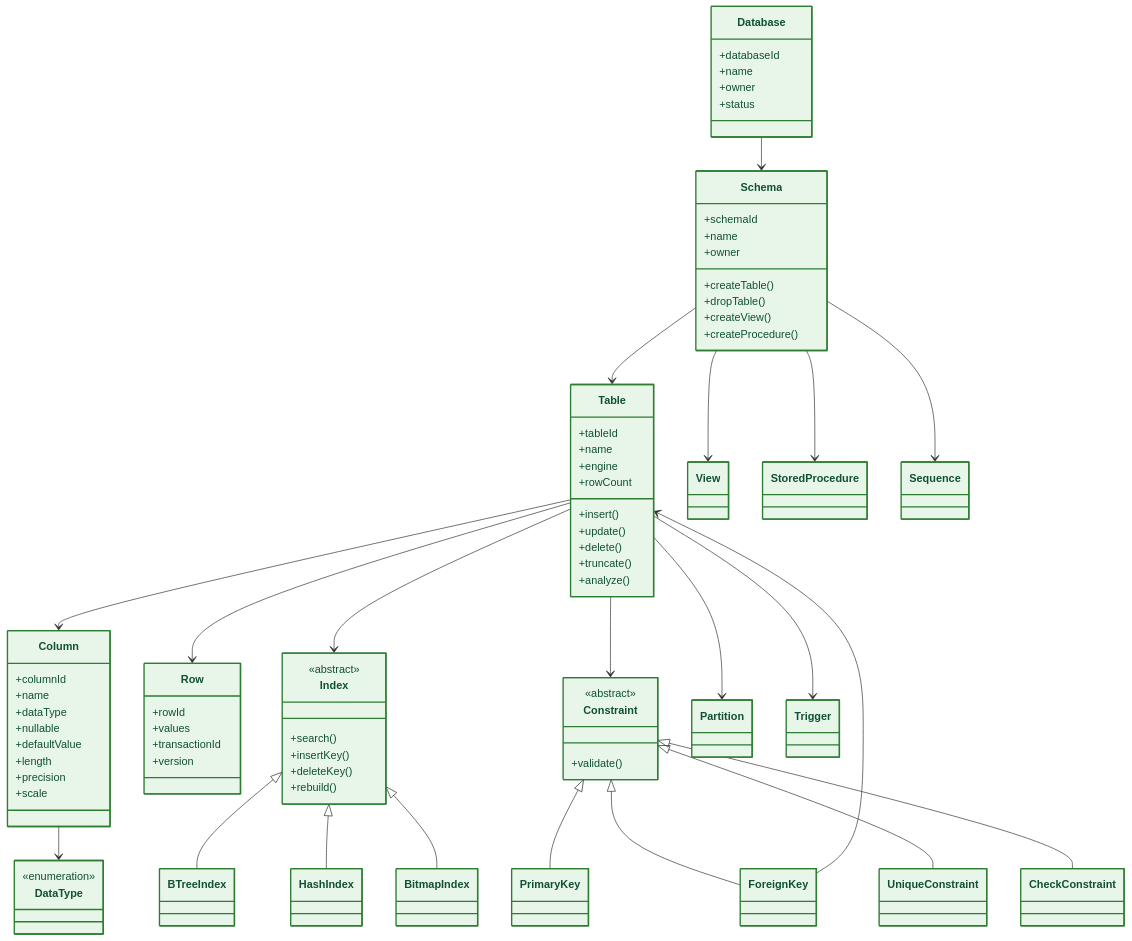
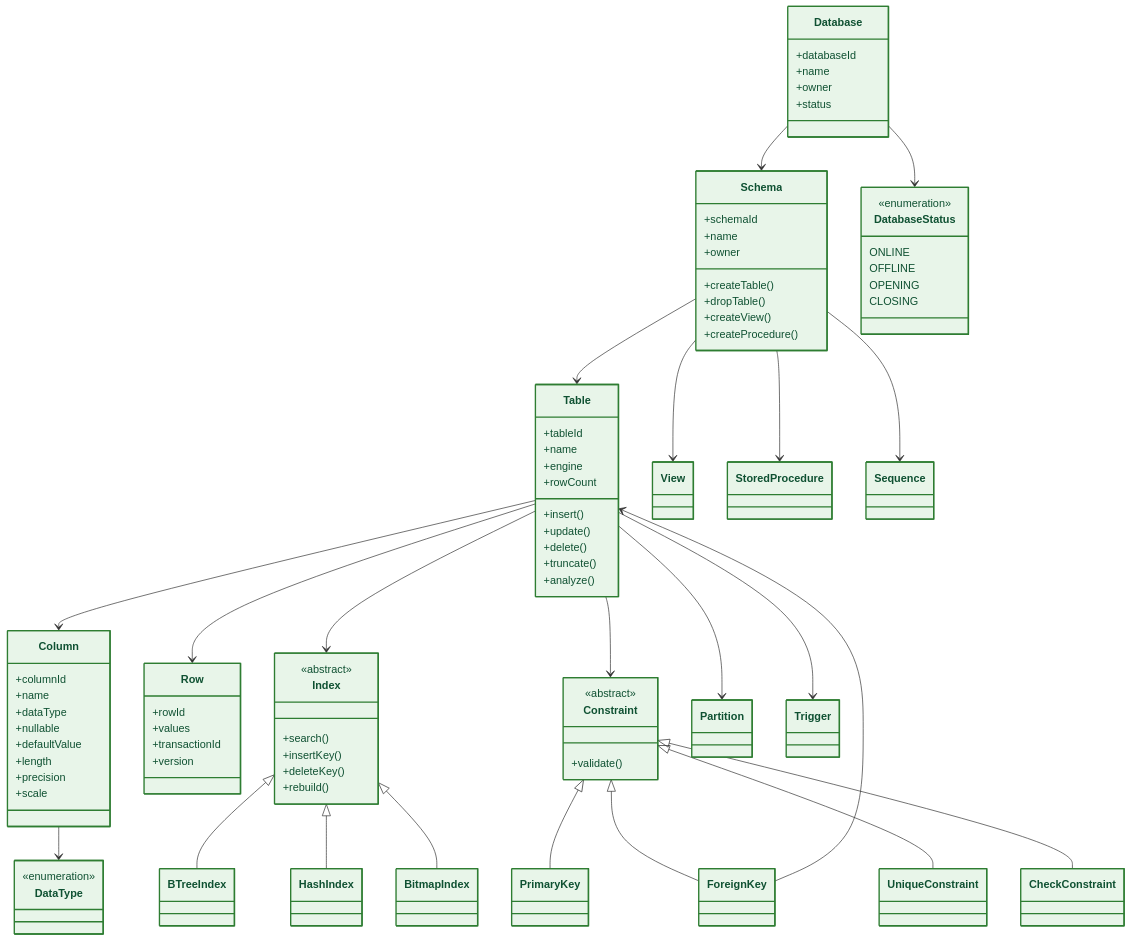
One commit to Huy1801214/dbms-architecture changed the fifth of 20 diagrams in docs/README.md. Above: the diagram before and after it, drawn with Mermaid. The commit also changed 8 other files, not shown here.

```diff
--- a/docs/README.md
+++ b/docs/README.md
@@ -753,6 +753,14 @@
     <<enumeration>>
 }
 
+class DatabaseStatus{
+    <<enumeration>>
+    ONLINE
+    OFFLINE
+    OPENING
+    CLOSING
+}
+
 class Constraint{
     <<abstract>>
     +validate()
@@ -782,6 +790,7 @@
 class Sequence
 
 Database --> Schema
+Database --> DatabaseStatus
 
 Schema --> Table
 Schema --> View
@@ -817,6 +826,7 @@
 style Column fill:#e8f5e9,stroke:#2e7d32,stroke-width:2px,color:#0f5132
 style Row fill:#e8f5e9,stroke:#2e7d32,stroke-width:2px,color:#0f5132
 style DataType fill:#e8f5e9,stroke:#2e7d32,stroke-width:2px,color:#0f5132
+style DatabaseStatus fill:#e8f5e9,stroke:#2e7d32,stroke-width:2px,color:#0f5132
 style Constraint fill:#e8f5e9,stroke:#2e7d32,stroke-width:2px,color:#0f5132
 style PrimaryKey fill:#e8f5e9,stroke:#2e7d32,stroke-width:2px,color:#0f5132
 style ForeignKey fill:#e8f5e9,stroke:#2e7d32,stroke-width:2px,color:#0f5132
```
